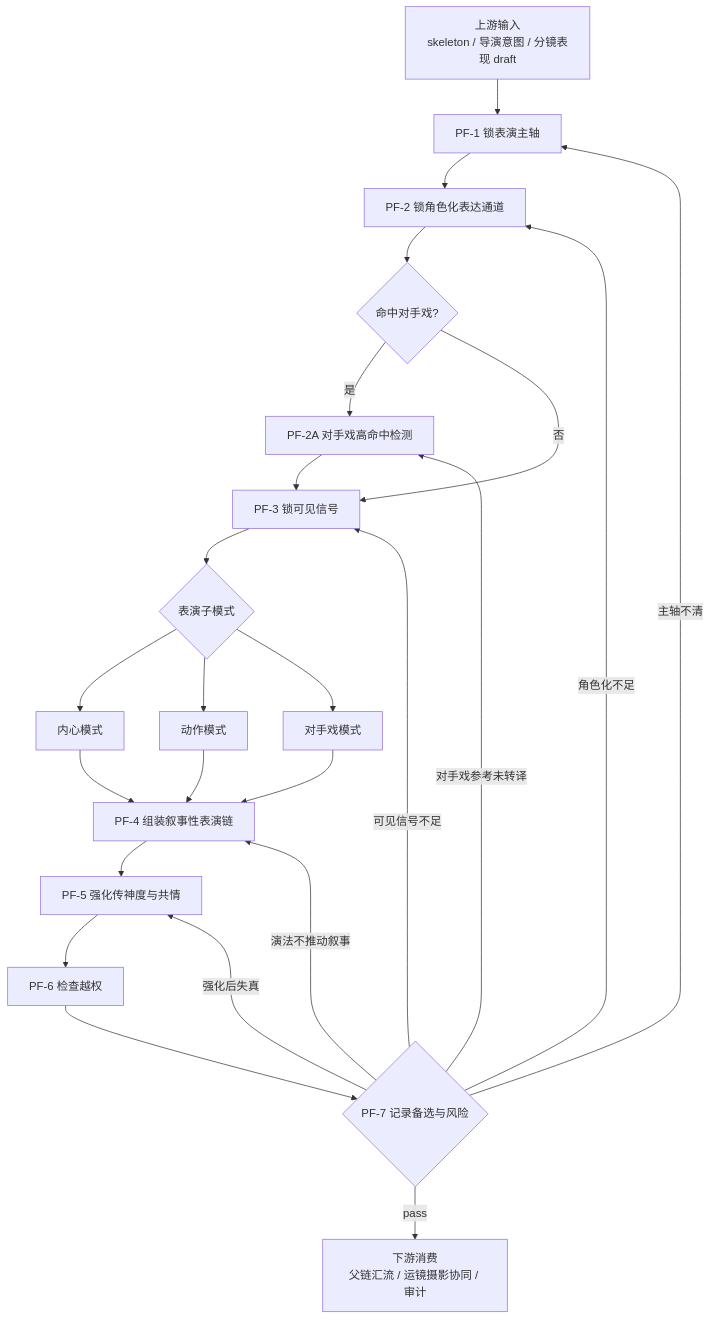
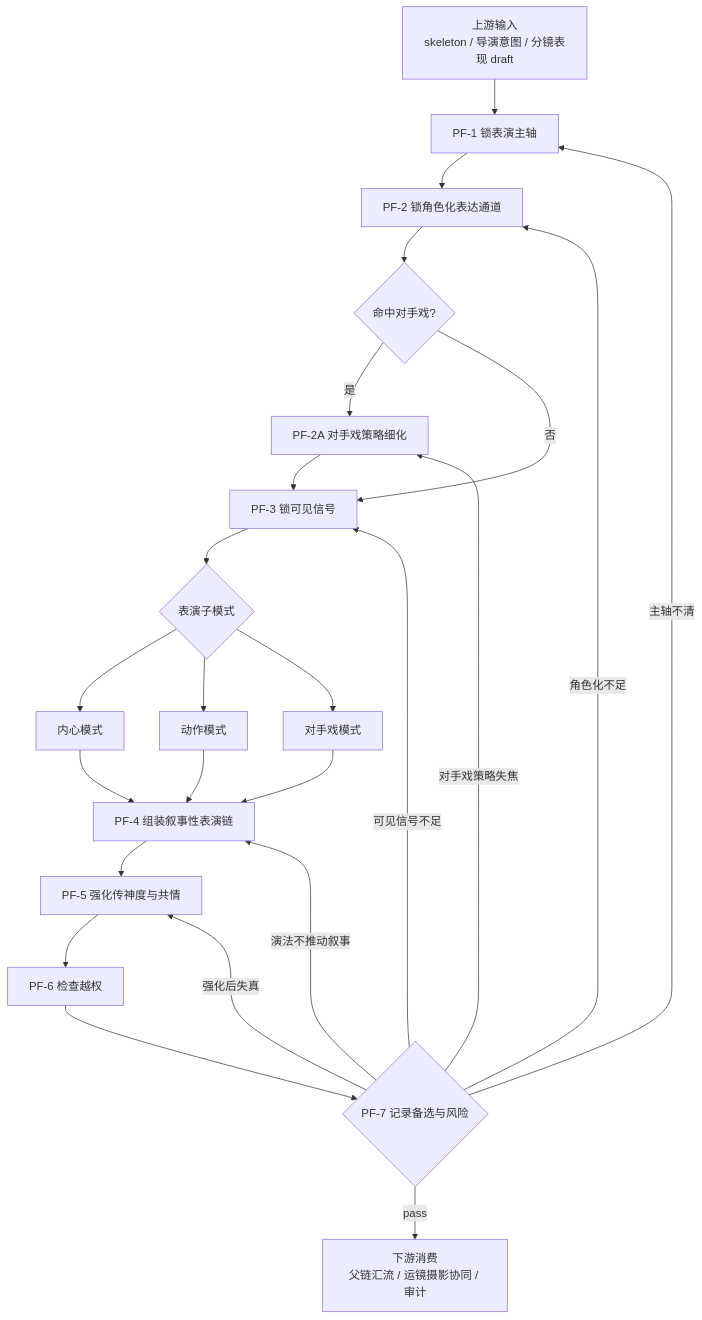
One commit to ZEN-VOID/AI-CUT changed the diagram in .agents/skills/aigc/3-Detail/references/角色表现.md. Above: the diagram before and after it, drawn with Mermaid. The commit also changed other lines of this file and 25 other files, not shown here.

````diff
--- a/.agents/skills/aigc/3-Detail/references/角色表现.md
+++ b/.agents/skills/aigc/3-Detail/references/角色表现.md
@@ -39,26 +42,26 @@
 ```mermaid
 flowchart TD
     U["上游输入<br/>skeleton / 导演意图 / 分镜表现 draft"] --> PF1["PF-1 锁表演主轴"]
     PF1 --> PF2["PF-2 锁角色化表达通道"]
     PF2 --> CHECK{"命中对手戏?"}
-    CHECK -- "是" --> PF2A["PF-2A 对手戏高命中检测"]
+    CHECK -- "是" --> PF2A["PF-2A 对手戏策略细化"]
     CHECK -- "否" --> PF3["PF-3 锁可见信号"]
     PF2A --> PF3
     PF3 --> MODE{"表演子模式"}
     MODE --> I["内心模式"]
     MODE --> A["动作模式"]
     MODE --> D["对手戏模式"]
     I --> PF4["PF-4 组装叙事性表演链"]
     A --> PF4
     D --> PF4
     PF4 --> PF5["PF-5 强化传神度与共情"]
     PF5 --> PF6["PF-6 检查越权"]
     PF6 --> PF7{"PF-7 记录备选与风险"}
     PF7 -- "pass" --> OUT["下游消费<br/>父链汇流 / 运镜摄影协同 / 审计"]
     PF7 -- "主轴不清" --> PF1
     PF7 -- "角色化不足" --> PF2
-    PF7 -- "对手戏参考未转译" --> PF2A
+    PF7 -- "对手戏策略失焦" --> PF2A
     PF7 -- "可见信号不足" --> PF3
     PF7 -- "演法不推动叙事" --> PF4
     PF7 -- "强化后失真" --> PF5
 ```
````
